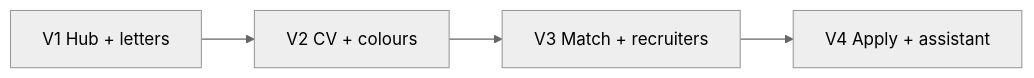
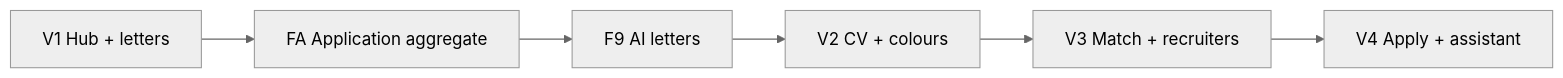
One commit to Jeremiah1582/GuavaJobs.com changed the diagram in masterBuildPlan.md. Above: the diagram before and after it, drawn with Mermaid (neutral theme). The commit also changed other lines of this file and 58 other files, not shown here.

````diff
--- a/masterBuildPlan.md
+++ b/masterBuildPlan.md
@@ -332,6 +357,8 @@
 ```mermaid
 flowchart LR
-  V1[V1 Hub + letters] --> V2[V2 CV + colours]
+  V1[V1 Hub + letters] --> FA[FA Application aggregate]
+  FA --> F9[F9 AI letters]
+  F9 --> V2[V2 CV + colours]
   V2 --> V3[V3 Match + recruiters]
   V3 --> V4[V4 Apply + assistant]
 ```
````
